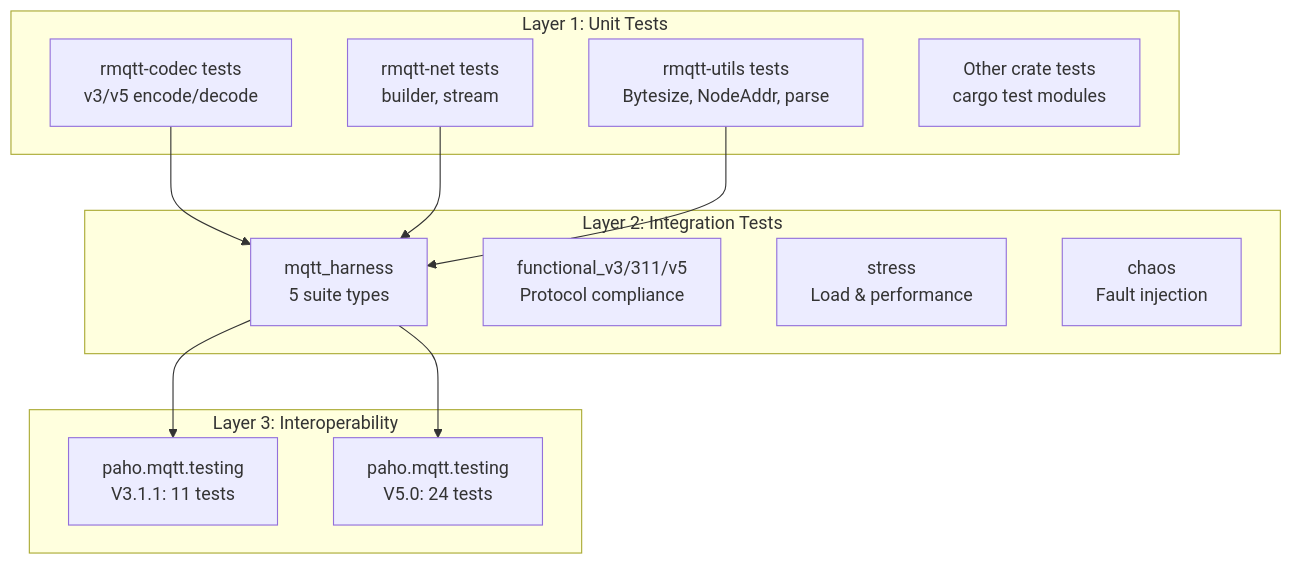
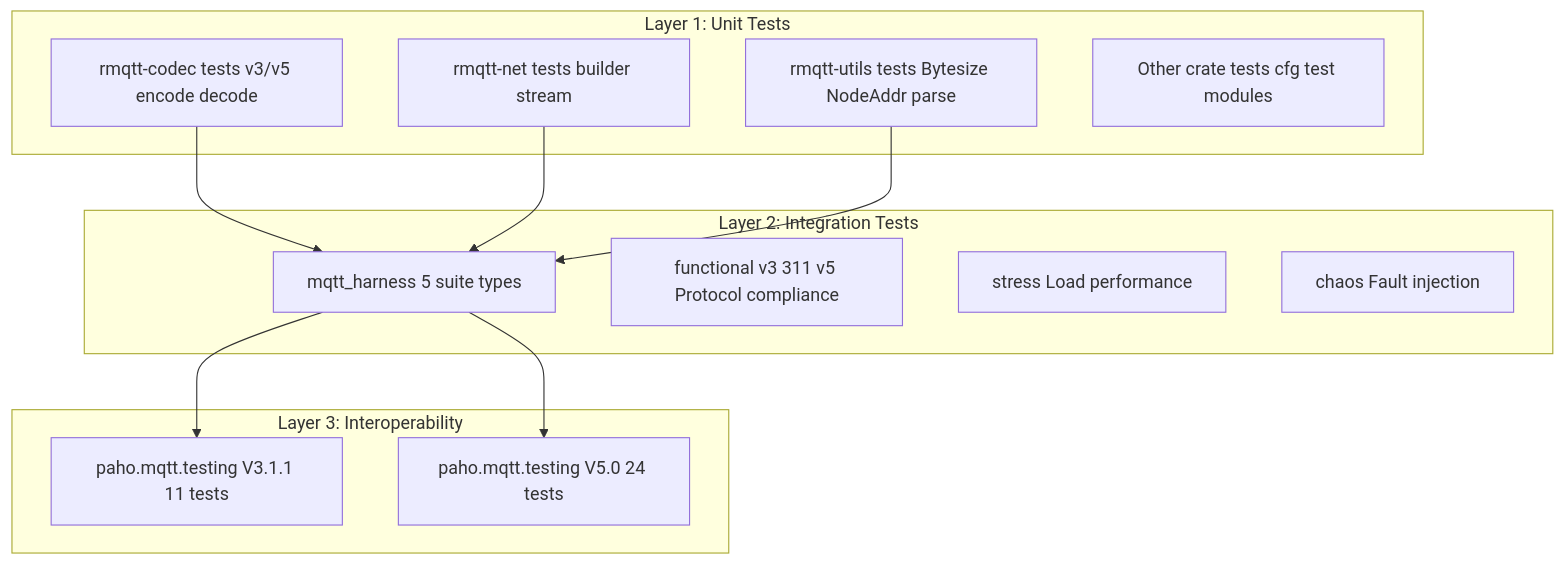
One commit to rmqtt/rmqtt changed the diagram in docs/en_US/development/testing.md. Above: the diagram before and after it, drawn with Mermaid. The commit also changed 1 other file, not shown here.

Commit message:
fix(docs): repair Mermaid syntax in testing guide diagrams
- Remove special characters (parens, brackets) from node labels
- Add missing arrow connections between test layers
- Ensure EN and ZH-CN versions have identical diagram structure

````diff
--- a/docs/en_US/development/testing.md
+++ b/docs/en_US/development/testing.md
@@ -13,29 +13,27 @@
 ```mermaid
 graph TD
-
     subgraph L1["Layer 1: Unit Tests"]
-        UT1["rmqtt-codec tests<br>v3/v5 encode/decode"]
-        UT2["rmqtt-net tests<br>builder, stream"]
-        UT3["rmqtt-utils tests<br>Bytesize, NodeAddr, parse"]
-        UT4["Other crate tests<br>cargo test modules"]
+        UT1["rmqtt-codec tests v3/v5 encode decode"]
+        UT2["rmqtt-net tests builder stream"]
+        UT3["rmqtt-utils tests Bytesize NodeAddr parse"]
+        UT4["Other crate tests cfg test modules"]
     end
 
     subgraph L2["Layer 2: Integration Tests"]
-        IT1["mqtt_harness<br>5 suite types"]
-        IT2["functional_v3/311/v5<br>Protocol compliance"]
-        IT3["stress<br>Load & performance"]
-        IT4["chaos<br>Fault injection"]
+        IT1["mqtt_harness 5 suite types"]
+        IT2["functional v3 311 v5 Protocol compliance"]
+        IT3["stress Load performance"]
+        IT4["chaos Fault injection"]
     end
 
     subgraph L3["Layer 3: Interoperability"]
-        IP1["paho.mqtt.testing<br>V3.1.1: 11 tests"]
-        IP2["paho.mqtt.testing<br>V5.0: 24 tests"]
+        IP1["paho.mqtt.testing V3.1.1 11 tests"]
+        IP2["paho.mqtt.testing V5.0 24 tests"]
     end
 
     UT1 --> IT1
     UT2 --> IT1
     UT3 --> IT1
-
     IT1 --> IP1
     IT1 --> IP2
 ```
````
